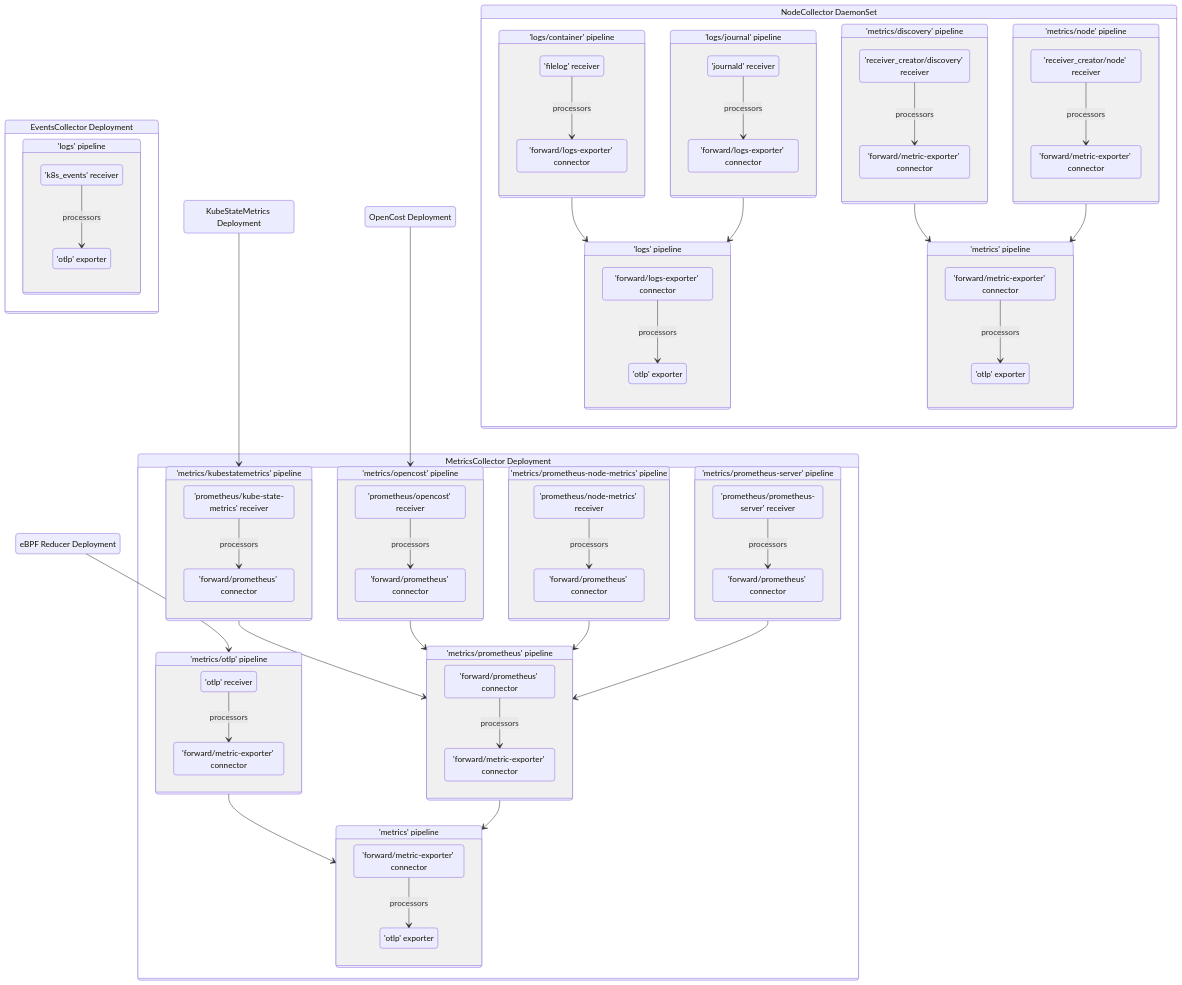
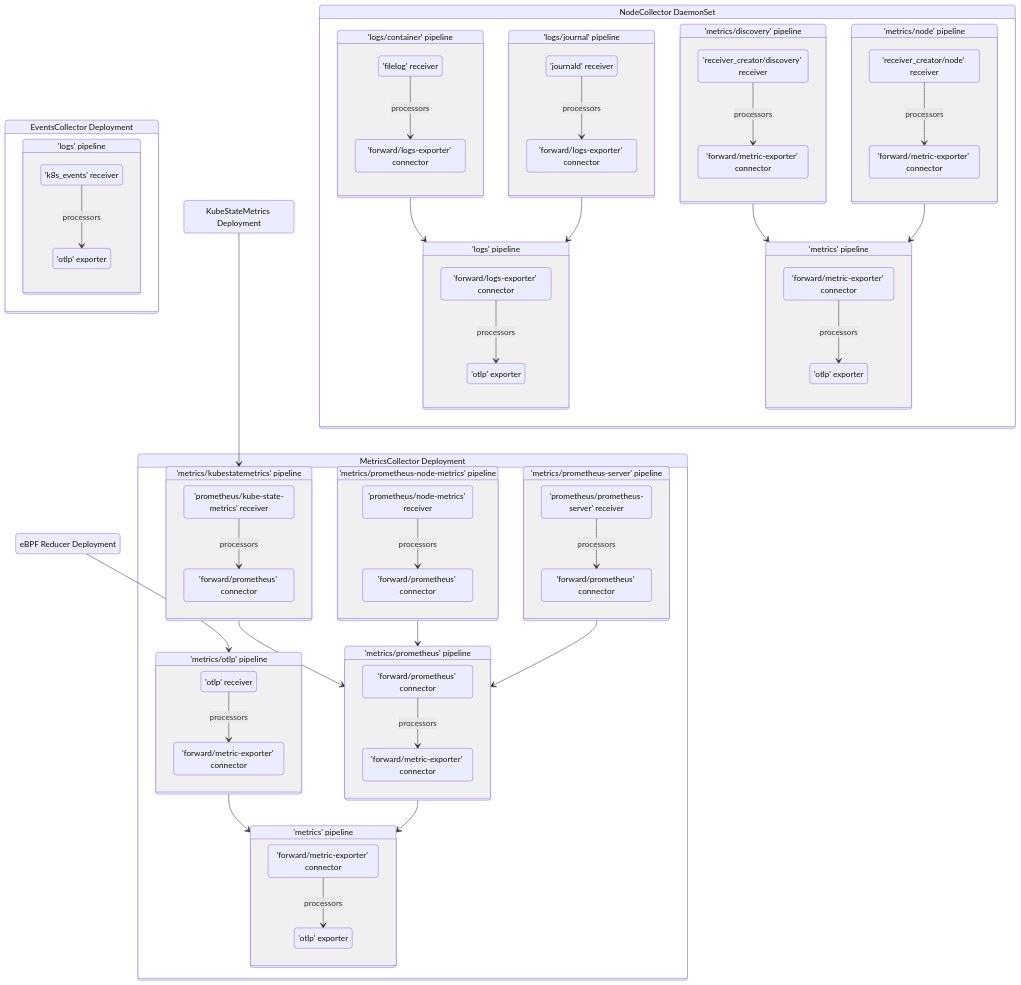
The diagram in doc/collectorPipeline.md (solarwinds/swi-k8s-opentelemetry-collector), drawn with Mermaid before and after one commit. The commit also changed 16 other files, not shown here.

Commit message:
Remove `prometheus`, `prometheus-node-exporter` and `opencost` sub-charts

```diff
--- a/doc/collectorPipeline.md
+++ b/doc/collectorPipeline.md
@@ -22,13 +22,6 @@
       mc_r2: 'prometheus/kube-state-metrics' receiver
       mc_e2: 'forward/prometheus' connector
       mc_r2 --> mc_e2 : processors
-    }
-
-    mc_metricsOpencostPipeline: 'metrics/opencost' pipeline
-    state mc_metricsOpencostPipeline {
-      mc_r3: 'prometheus/opencost' receiver
-      mc_e3: 'forward/prometheus' connector
-      mc_r3 --> mc_e3 : processors
     }
 
     mc_metricsOtlpPipeline: 'metrics/otlp' pipeline
@@ -63,7 +56,6 @@
     mc_metricsPrometheusPipeline --> mc_metricsPipeline
 
     mc_metricsKubestatemetricsPipeline --> mc_metricsPrometheusPipeline
-    mc_metricsOpencostPipeline --> mc_metricsPrometheusPipeline
     mc_metricsPrometheusNodeMetricsPipeline --> mc_metricsPrometheusPipeline
     mc_metricsPrometheusServerPipeline --> mc_metricsPrometheusPipeline
   }
@@ -81,11 +73,9 @@
   }
 
   kubestatemetricsDeployment: KubeStateMetrics Deployment
-  opencostDeployment: OpenCost Deployment
   ebpfreducerDeployment: eBPF Reducer Deployment
 
   kubestatemetricsDeployment --> mc_metricsKubestatemetricsPipeline
-  opencostDeployment --> mc_metricsOpencostPipeline
   ebpfreducerDeployment --> mc_metricsOtlpPipeline
 
   nodeCollectorDaemonset: NodeCollector DaemonSet
```
